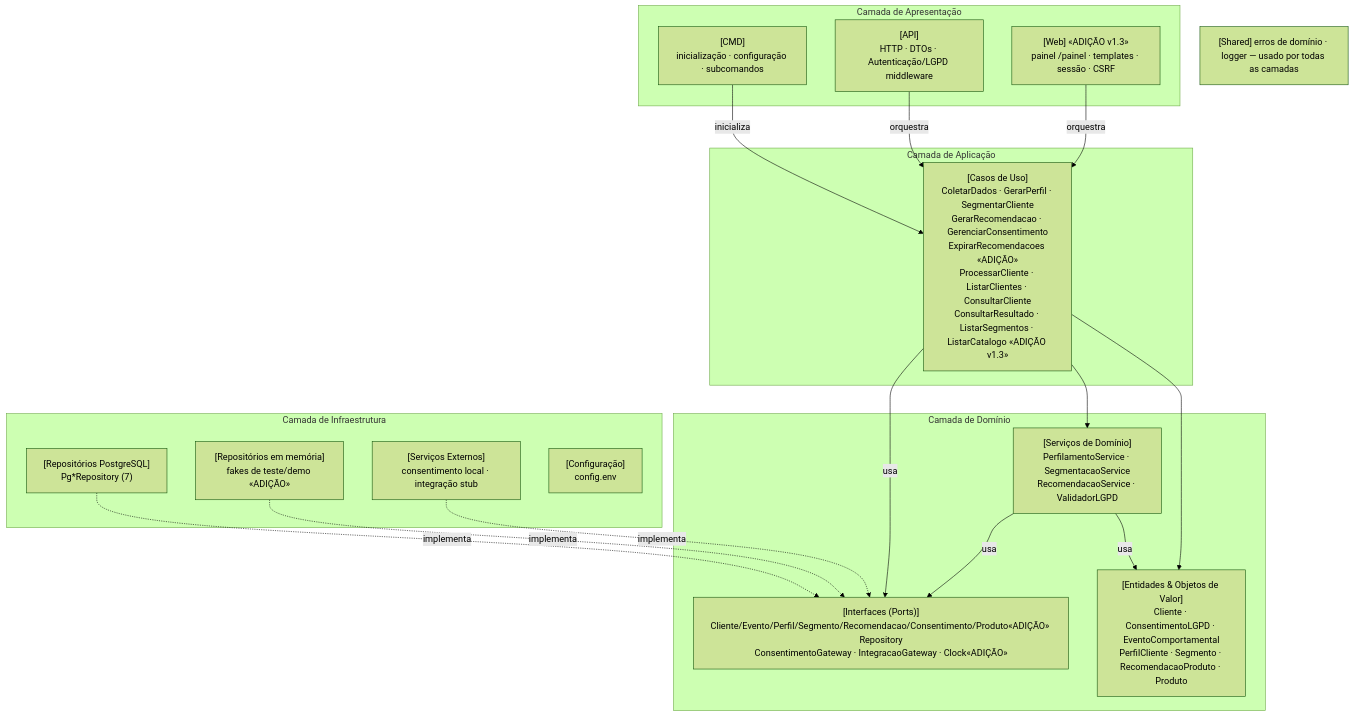
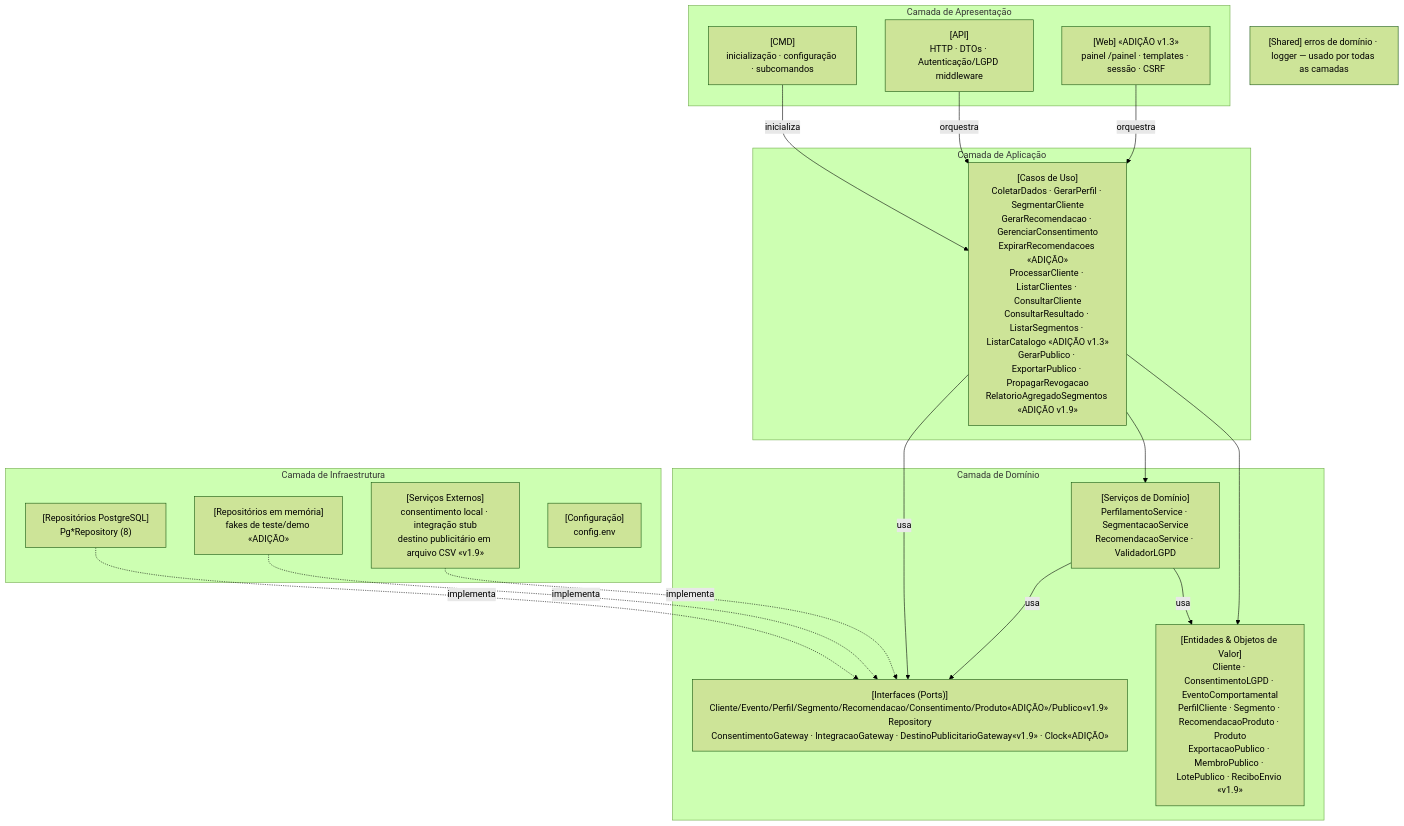
The diagram in docs/uml/UML7_componentes.md (sthefanyblima/perfila), drawn with Mermaid (forest theme) before and after one commit. The commit also changed other lines of this file and 12 other files, not shown here.

Commit message:
T-69: Spec v1.9 do consentimento por finalidade e dos públicos para campanha, UML e publicos.feature (Q-48 a Q-54)

````diff
--- a/docs/uml/UML7_componentes.md
+++ b/docs/uml/UML7_componentes.md
@@ -10,35 +10,35 @@
 ```mermaid
 flowchart TB
   subgraph AP["Camada de Apresentação"]
     CMD["[CMD]<br/>inicialização · configuração · subcomandos"]
     API["[API]<br/>HTTP · DTOs · Autenticação/LGPD middleware"]
     WEB["[Web] «ADIÇÃO v1.3»<br/>painel /painel · templates · sessão · CSRF"]
   end
   subgraph APP["Camada de Aplicação"]
-    UC["[Casos de Uso]<br/>ColetarDados · GerarPerfil · SegmentarCliente<br/>GerarRecomendacao · GerenciarConsentimento<br/>ExpirarRecomendacoes «ADIÇÃO»<br/>ProcessarCliente · ListarClientes · ConsultarCliente<br/>ConsultarResultado · ListarSegmentos · ListarCatalogo «ADIÇÃO v1.3»"]
+    UC["[Casos de Uso]<br/>ColetarDados · GerarPerfil · SegmentarCliente<br/>GerarRecomendacao · GerenciarConsentimento<br/>ExpirarRecomendacoes «ADIÇÃO»<br/>ProcessarCliente · ListarClientes · ConsultarCliente<br/>ConsultarResultado · ListarSegmentos · ListarCatalogo «ADIÇÃO v1.3»<br/>GerarPublico · ExportarPublico · PropagarRevogacao<br/>RelatorioAgregadoSegmentos «ADIÇÃO v1.9»"]
   end
   subgraph DOM["Camada de Domínio"]
-    ENT["[Entidades & Objetos de Valor]<br/>Cliente · ConsentimentoLGPD · EventoComportamental<br/>PerfilCliente · Segmento · RecomendacaoProduto · Produto"]
+    ENT["[Entidades & Objetos de Valor]<br/>Cliente · ConsentimentoLGPD · EventoComportamental<br/>PerfilCliente · Segmento · RecomendacaoProduto · Produto<br/>ExportacaoPublico · MembroPublico · LotePublico · ReciboEnvio «v1.9»"]
     SVC["[Serviços de Domínio]<br/>PerfilamentoService · SegmentacaoService<br/>RecomendacaoService · ValidadorLGPD"]
-    PORT["[Interfaces (Ports)]<br/>Cliente/Evento/Perfil/Segmento/Recomendacao/Consentimento/Produto«ADIÇÃO» Repository<br/>ConsentimentoGateway · IntegracaoGateway · Clock«ADIÇÃO»"]
+    PORT["[Interfaces (Ports)]<br/>Cliente/Evento/Perfil/Segmento/Recomendacao/Consentimento/Produto«ADIÇÃO»/Publico«v1.9» Repository<br/>ConsentimentoGateway · IntegracaoGateway · DestinoPublicitarioGateway«v1.9» · Clock«ADIÇÃO»"]
   end
   subgraph INF["Camada de Infraestrutura"]
-    PG["[Repositórios PostgreSQL]<br/>Pg*Repository (7)"]
+    PG["[Repositórios PostgreSQL]<br/>Pg*Repository (8)"]
     MEM["[Repositórios em memória]<br/>fakes de teste/demo «ADIÇÃO»"]
-    EXT["[Serviços Externos]<br/>consentimento local · integração stub"]
+    EXT["[Serviços Externos]<br/>consentimento local · integração stub<br/>destino publicitário em arquivo CSV «v1.9»"]
     CFG["[Configuração]<br/>config.env"]
   end
   SH["[Shared] erros de domínio · logger — usado por todas as camadas"]
 
   CMD -- inicializa --> UC
   API -- orquestra --> UC
   WEB -- orquestra --> UC
   UC --> ENT
   UC --> SVC
   UC -- usa --> PORT
   SVC -- usa --> ENT
   SVC -- usa --> PORT
   PG -. implementa .-> PORT
   MEM -. implementa .-> PORT
   EXT -. implementa .-> PORT
 ```
````
